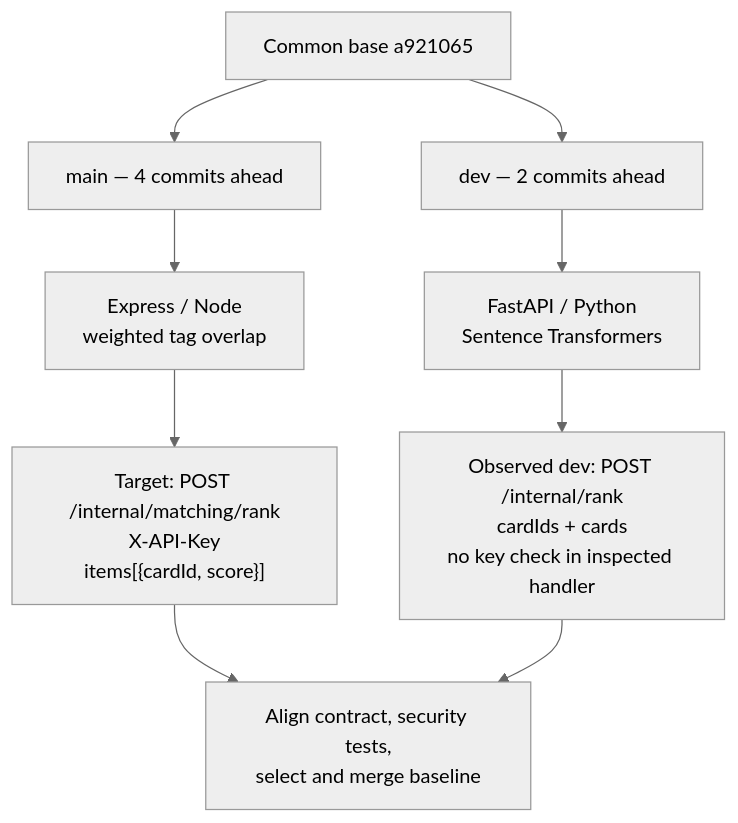
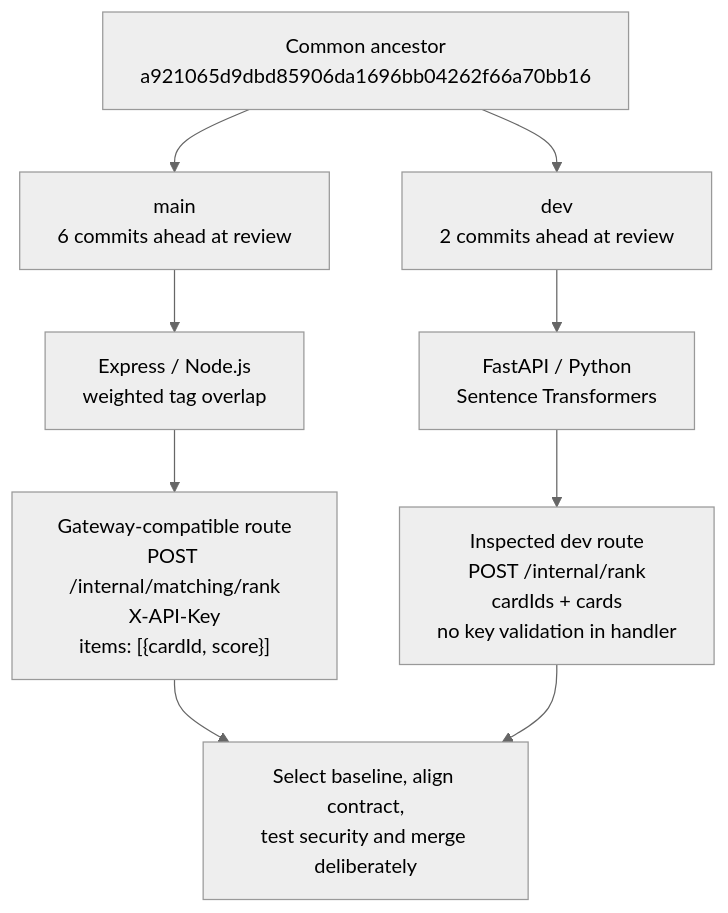
Before and after one commit to bhsei/26A: the fifth of 5 diagrams in docs/design/New SAD v1.0.md, drawn with Mermaid (neutral theme). The commit also changed other lines of this file, not shown here.

First line of the commit message:
W10 - SAD design v1.6; add AdoptAJob Software Architecture Document

````diff
--- a/docs/design/New SAD v1.0.md
+++ b/docs/design/New SAD v1.0.md
@@ -870,14 +527,14 @@
-``` mermaid
+```mermaid
 flowchart TD
-  BASE["Common base a921065"]
-  MAIN["main — 4 commits ahead"]
-  DEV["dev — 2 commits ahead"]
+  BASE["Common ancestor<br/>a921065d9dbd85906da1696bb04262f66a70bb16"]
+  MAIN["main<br/>6 commits ahead at review"]
+  DEV["dev<br/>2 commits ahead at review"]
   BASE --> MAIN
   BASE --> DEV
-  MAIN --> EX["Express / Node\nweighted tag overlap"]
-  DEV --> PY["FastAPI / Python\nSentence Transformers"]
-  EX --> EXPECT["Target: POST /internal/matching/rank\nX-API-Key\nitems[{cardId, score}]"]
-  PY --> ACTUAL["Observed dev: POST /internal/rank\ncardIds + cards\nno key check in inspected handler"]
-  EXPECT --> GATE["Align contract, security tests,\nselect and merge baseline"]
+  MAIN --> EX["Express / Node.js<br/>weighted tag overlap"]
+  DEV --> PY["FastAPI / Python<br/>Sentence Transformers"]
+  EX --> EXPECT["Gateway-compatible route<br/>POST /internal/matching/rank<br/>X-API-Key<br/>items: [{cardId, score}]"]
+  PY --> ACTUAL["Inspected dev route<br/>POST /internal/rank<br/>cardIds + cards<br/>no key validation in handler"]
+  EXPECT --> GATE["Select baseline, align contract,<br/>test security and merge deliberately"]
   ACTUAL --> GATE
 ```
````
